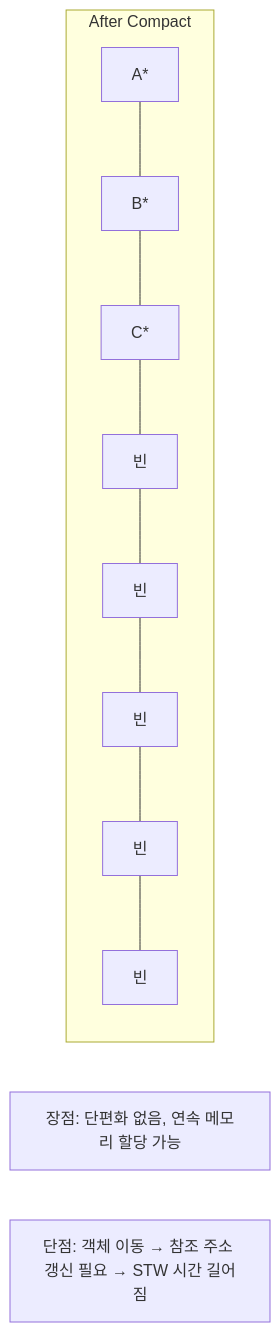
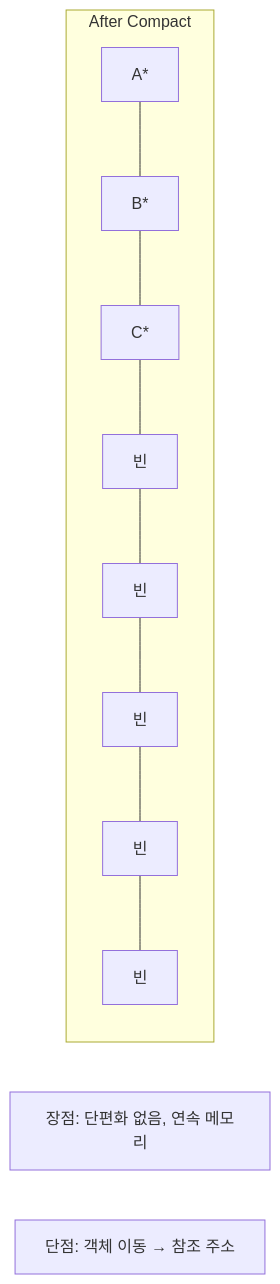
The fourth of 29 diagrams in _posts/java/2026-05-01-java-garbage-collector.md (yjkim2015/yjkim2015.github.io), drawn with Mermaid before and after one commit. The commit also changed other lines of this file and 271 other files, not shown here.

First line of the commit message:
Mermaid 라벨 축소: 긴 노드 텍스트 18자 이하로 트림 + \n 제거

````diff
--- a/_posts/java/2026-05-01-java-garbage-collector.md
+++ b/_posts/java/2026-05-01-java-garbage-collector.md
@@ -93,8 +93,8 @@
 ```mermaid
 graph LR
     subgraph "After Compact"
         U1["A*"] --- U2["B*"] --- U3["C*"] --- F1["빈"] --- F2["빈"] --- F3["빈"] --- F4["빈"] --- F5["빈"]
     end
-    PRO["장점: 단편화 없음, 연속 메모리 할당 가능"]
-    CON["단점: 객체 이동 → 참조 주소 갱신 필요 → STW 시간 길어짐"]
+    PRO["장점: 단편화 없음, 연속 메모리"]
+    CON["단점: 객체 이동 → 참조 주소"]
 ```
````
